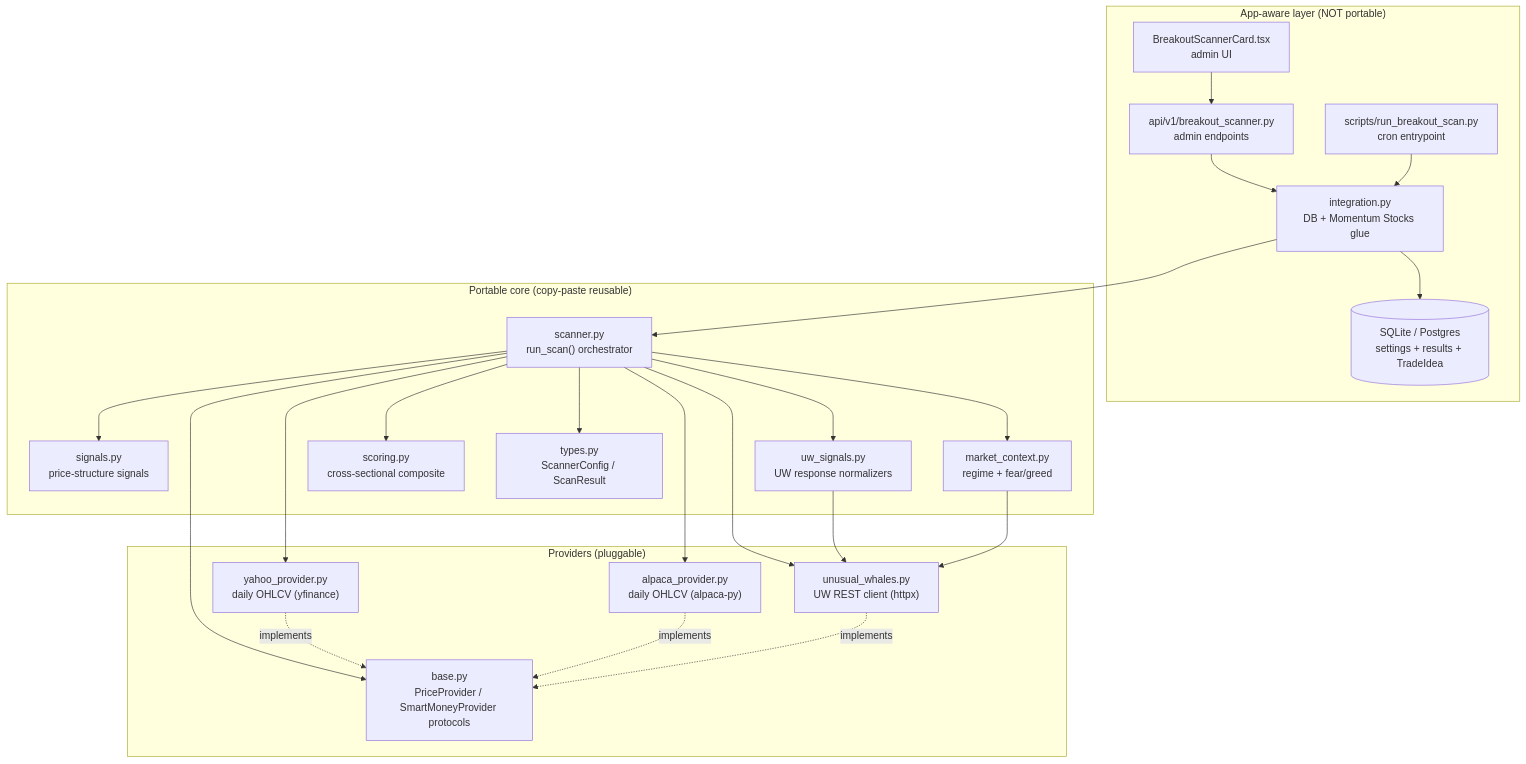
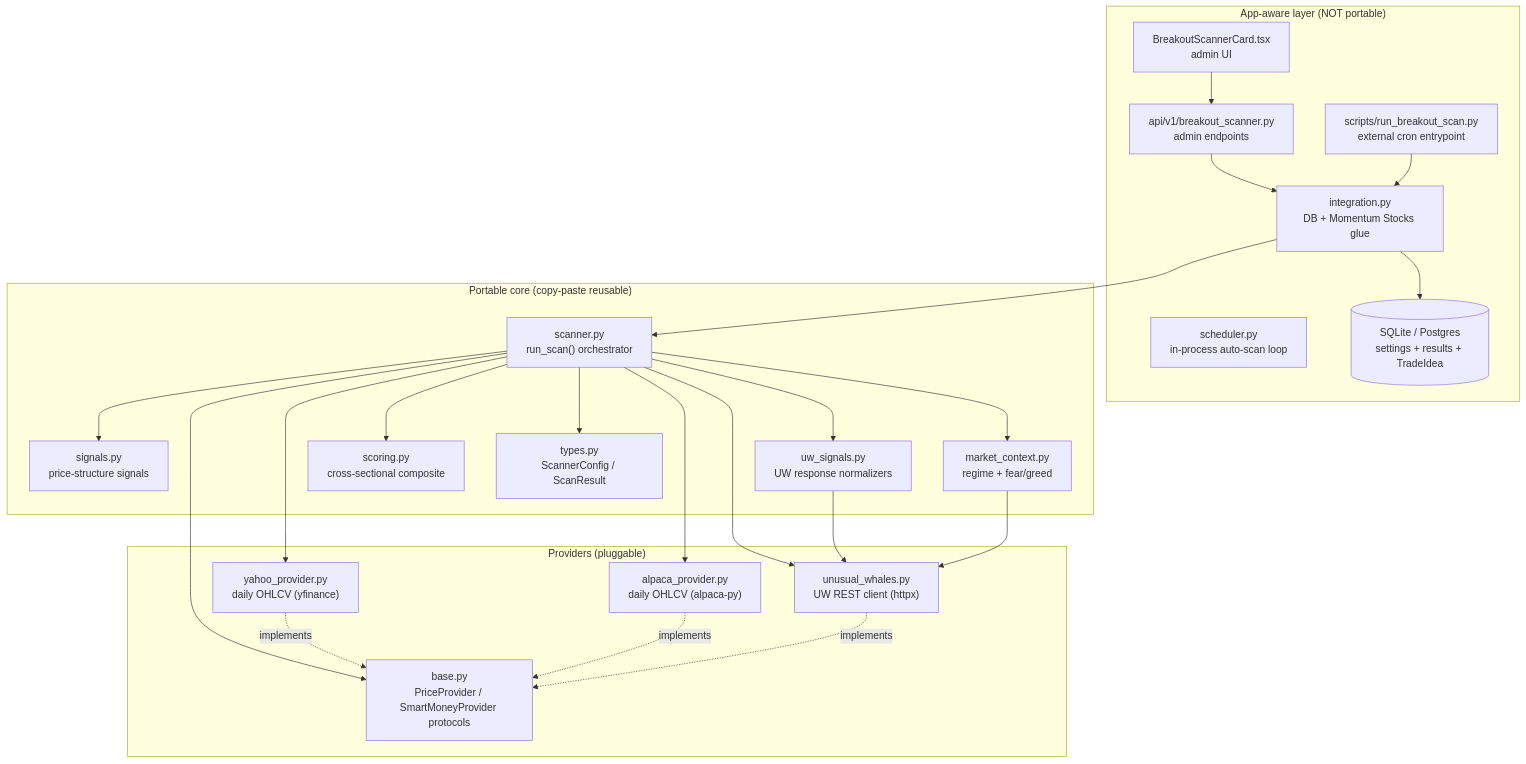
One commit to pk-ux/PutOptionsTrading changed the first of 8 diagrams in backend/app/modules/breakout_scanner/ARCHITECTURE.md. Above: the diagram before and after it, drawn with Mermaid. The commit also changed other lines of this file and 22 other files, not shown here.

First line of the commit message:
feat: Harden breakout scanner and add admin-configurable auto-scan

````diff
--- a/backend/app/modules/breakout_scanner/ARCHITECTURE.md
+++ b/backend/app/modules/breakout_scanner/ARCHITECTURE.md
@@ -38,46 +50,47 @@
 ```mermaid
 flowchart TB
     subgraph App["App-aware layer (NOT portable)"]
         API["api/v1/breakout_scanner.py<br/>admin endpoints"]
-        CLI["scripts/run_breakout_scan.py<br/>cron entrypoint"]
+        SCHED["scheduler.py<br/>in-process auto-scan loop"]
+        CLI["scripts/run_breakout_scan.py<br/>external cron entrypoint"]
         INT["integration.py<br/>DB + Momentum Stocks glue"]
         UI["BreakoutScannerCard.tsx<br/>admin UI"]
         DB[("SQLite / Postgres<br/>settings + results + TradeIdea")]
     end
 
     subgraph Core["Portable core (copy-paste reusable)"]
         SCAN["scanner.py<br/>run_scan() orchestrator"]
         SIG["signals.py<br/>price-structure signals"]
         UWS["uw_signals.py<br/>UW response normalizers"]
         MC["market_context.py<br/>regime + fear/greed"]
         SCORE["scoring.py<br/>cross-sectional composite"]
         TYPES["types.py<br/>ScannerConfig / ScanResult"]
     end
 
     subgraph Providers["Providers (pluggable)"]
         BASE["base.py<br/>PriceProvider / SmartMoneyProvider protocols"]
         YH["yahoo_provider.py<br/>daily OHLCV (yfinance)"]
         AL["alpaca_provider.py<br/>daily OHLCV (alpaca-py)"]
         UWP["unusual_whales.py<br/>UW REST client (httpx)"]
     end
 
     UI --> API
     API --> INT
     CLI --> INT
     INT --> DB
     INT --> SCAN
     SCAN --> SIG
     SCAN --> UWS
     SCAN --> MC
     SCAN --> SCORE
     SCAN --> TYPES
     SCAN --> BASE
     YH -.implements.-> BASE
     AL -.implements.-> BASE
     UWP -.implements.-> BASE
     SCAN --> AL
     SCAN --> YH
     SCAN --> UWP
     UWS --> UWP
     MC --> UWP
 ```
````
